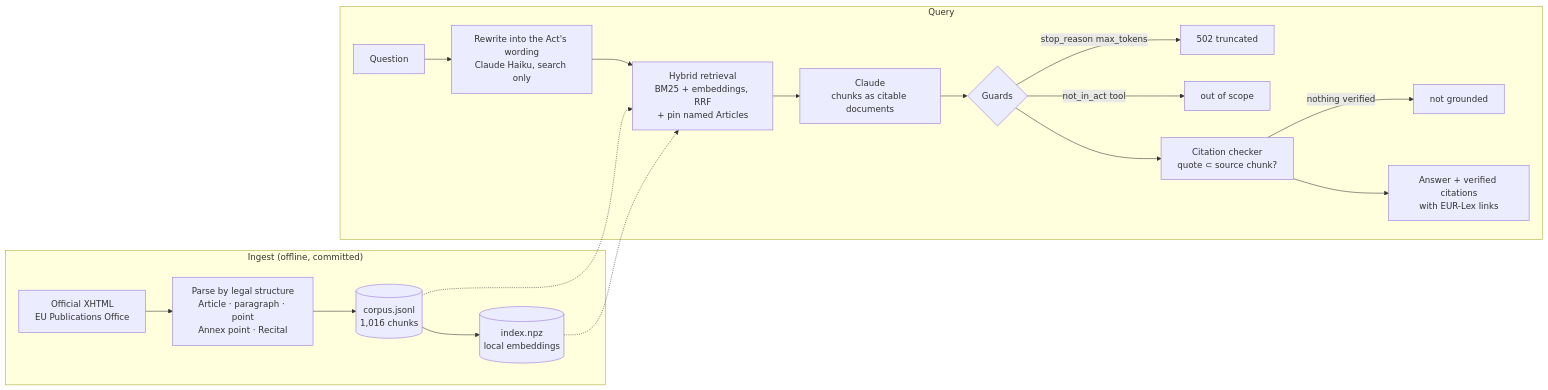
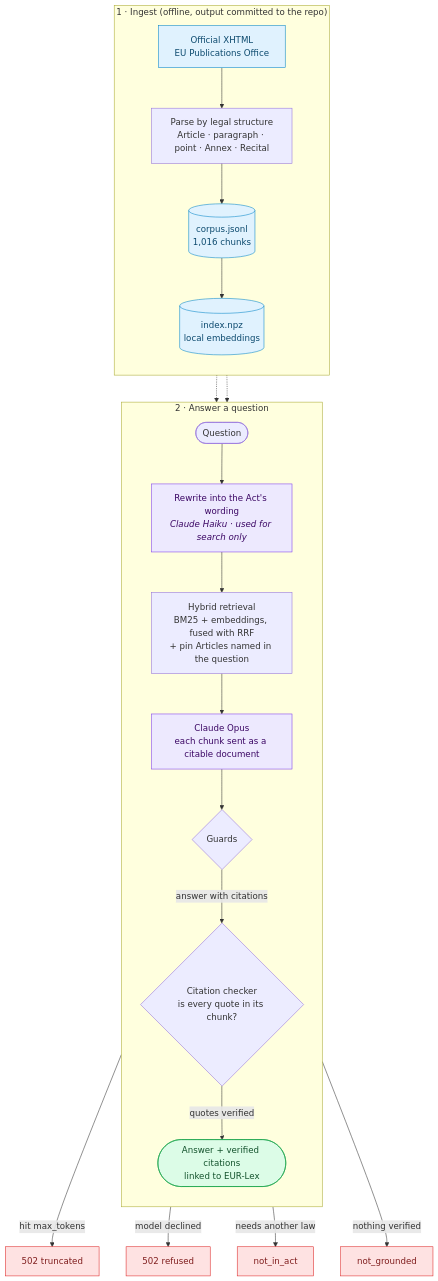
The diagram in README.md (Finjineersdev/eu-ai-act-rag), drawn with Mermaid before and after one commit. The commit also changed other lines of this file and 5 other files, not shown here.

Commit message:
fix: pinned chunks count toward the per-unit cap; evals count every round and survive model errors; vertical README diagram

````diff
--- a/README.md
+++ b/README.md
@@ -30,21 +30,38 @@
 ```mermaid
-flowchart LR
-    subgraph Ingest["Ingest (offline, committed)"]
-        A[Official XHTML<br/>EU Publications Office] --> B[Parse by legal structure<br/>Article · paragraph · point<br/>Annex point · Recital]
-        B --> C[(corpus.jsonl<br/>1,016 chunks)]
-        C --> D[(index.npz<br/>local embeddings)]
+flowchart TB
+    subgraph ingest["1 · Ingest (offline, output committed to the repo)"]
+        direction TB
+        A["Official XHTML<br/>EU Publications Office"]:::data
+        B["Parse by legal structure<br/>Article · paragraph · point · Annex · Recital"]
+        C[("corpus.jsonl<br/>1,016 chunks")]:::data
+        D[("index.npz<br/>local embeddings")]:::data
+        A --> B --> C --> D
     end
-    subgraph Query
-        Q[Question] --> W[Rewrite into the Act's wording<br/>Claude Haiku, search only]
-        W --> R[Hybrid retrieval<br/>BM25 + embeddings, RRF<br/>+ pin named Articles]
-        R --> L[Claude<br/>chunks as citable documents]
-        L --> G{Guards}
-        G -->|stop_reason max_tokens| T[502 truncated]
-        G -->|not_in_act tool| O[out of scope]
-        G --> V[Citation checker<br/>quote ⊂ source chunk?]
-        V -->|nothing verified| N[not grounded]
-        V --> OK[Answer + verified citations<br/>with EUR-Lex links]
+
+    subgraph ask["2 · Answer a question"]
+        direction TB
+        Q(["Question"])
+        W["Rewrite into the Act's wording<br/><i>Claude Haiku · used for search only</i>"]:::llm
+        R["Hybrid retrieval<br/>BM25 + embeddings, fused with RRF<br/>+ pin Articles named in the question"]
+        L["Claude Opus<br/>each chunk sent as a citable document"]:::llm
+        G{"Guards"}
+        V{"Citation checker<br/>is every quote in its chunk?"}
+        OK(["Answer + verified citations<br/>linked to EUR-Lex"]):::ok
+        Q --> W --> R --> L --> G
+        G -->|"answer with citations"| V
+        V -->|"quotes verified"| OK
     end
+
+    G -->|"hit max_tokens"| T["502 truncated"]:::stop
+    G -->|"model declined"| X["502 refused"]:::stop
+    G -->|"needs another law"| O["not_in_act"]:::stop
+    V -->|"nothing verified"| N["not_grounded"]:::stop
+
     C -.-> R
     D -.-> R
+
+    classDef data fill:#e0f2fe,stroke:#0284c7,color:#0c4a6e
+    classDef llm fill:#ede9fe,stroke:#7c3aed,color:#3b0764
+    classDef ok fill:#dcfce7,stroke:#16a34a,color:#14532d
+    classDef stop fill:#fee2e2,stroke:#dc2626,color:#7f1d1d
 ```
````
